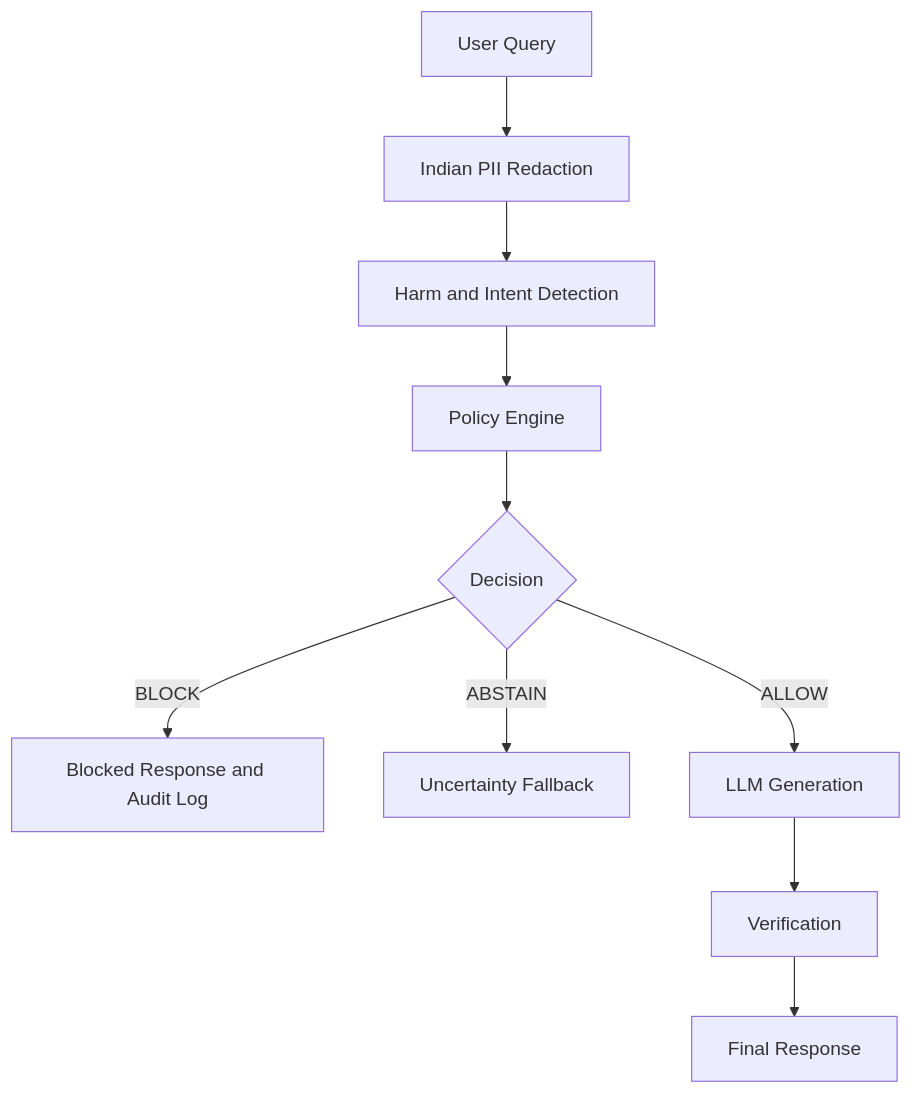
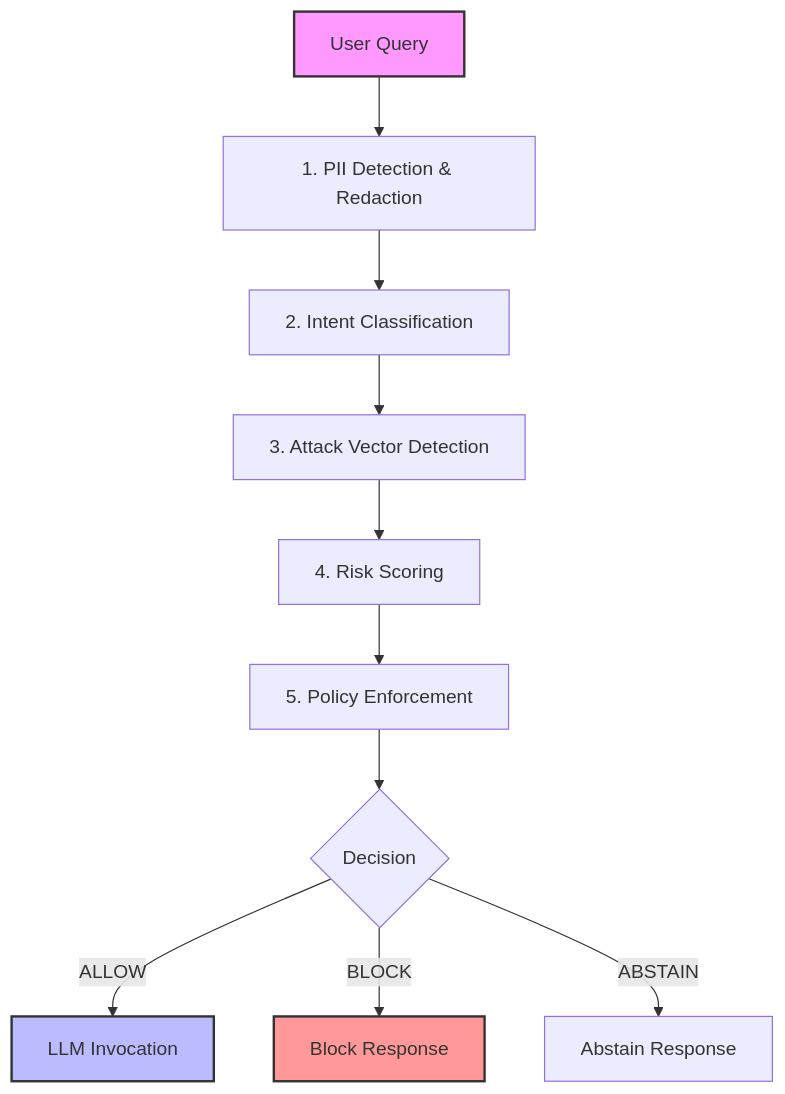
Before and after one commit to Alkur123/india-ai-safety-and-governance-engine: the diagram in README.md, drawn with Mermaid. The commit also changed other lines of this file, not shown here.

````diff
--- a/README.md
+++ b/README.md
@@ -61,14 +81,16 @@
 ```mermaid
 graph TD
-    A[User Query] --> B[Indian PII Redaction]
-    B --> C[Harm and Intent Detection]
-    C --> D[Policy Engine]
-    D --> E{Decision}
-
-    E -->|BLOCK| F[Blocked Response and Audit Log]
-    E -->|ABSTAIN| G[Uncertainty Fallback]
-    E -->|ALLOW| H[LLM Generation]
-
-    H --> I[Verification]
-    I --> J[Final Response]
+    User[User Query] --> L1[1. PII Detection & Redaction]
+    L1 --> L2[2. Intent Classification]
+    L2 --> L3[3. Attack Vector Detection]
+    L3 --> L4[4. Risk Scoring]
+    L4 --> L5[5. Policy Enforcement]
+    L5 --> Decision{Decision}
+    Decision -- ALLOW --> LLM[LLM Invocation]
+    Decision -- BLOCK --> Block[Block Response]
+    Decision -- ABSTAIN --> Abstain[Abstain Response]
+    
+    style User fill:#f9f,stroke:#333,stroke-width:2px
+    style LLM fill:#bbf,stroke:#333,stroke-width:2px
+    style Block fill:#f99,stroke:#333,stroke-width:2px
 ```
````
